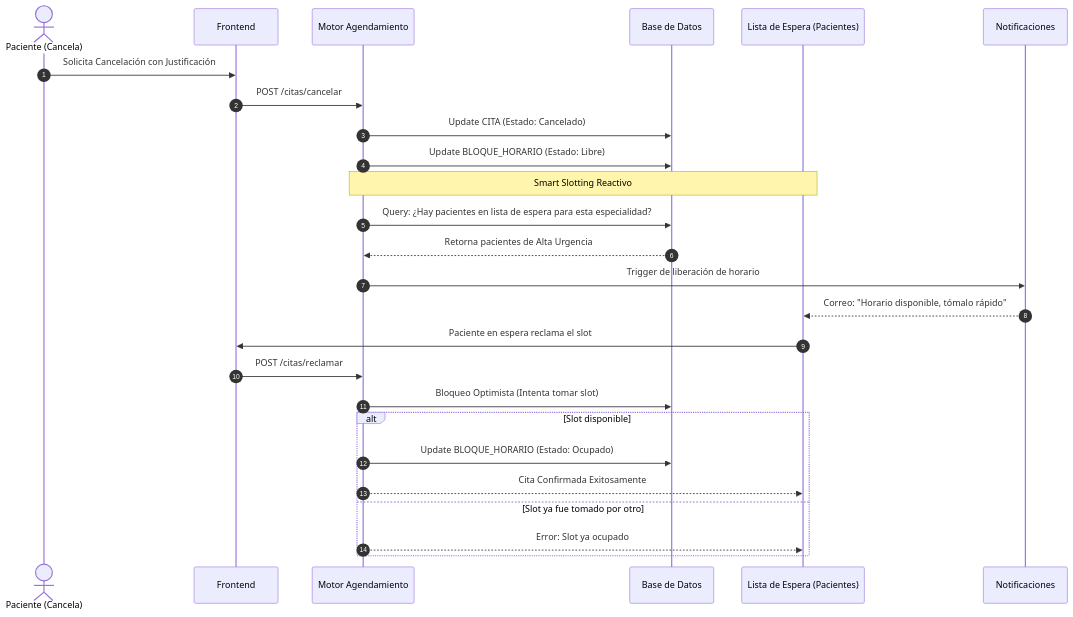
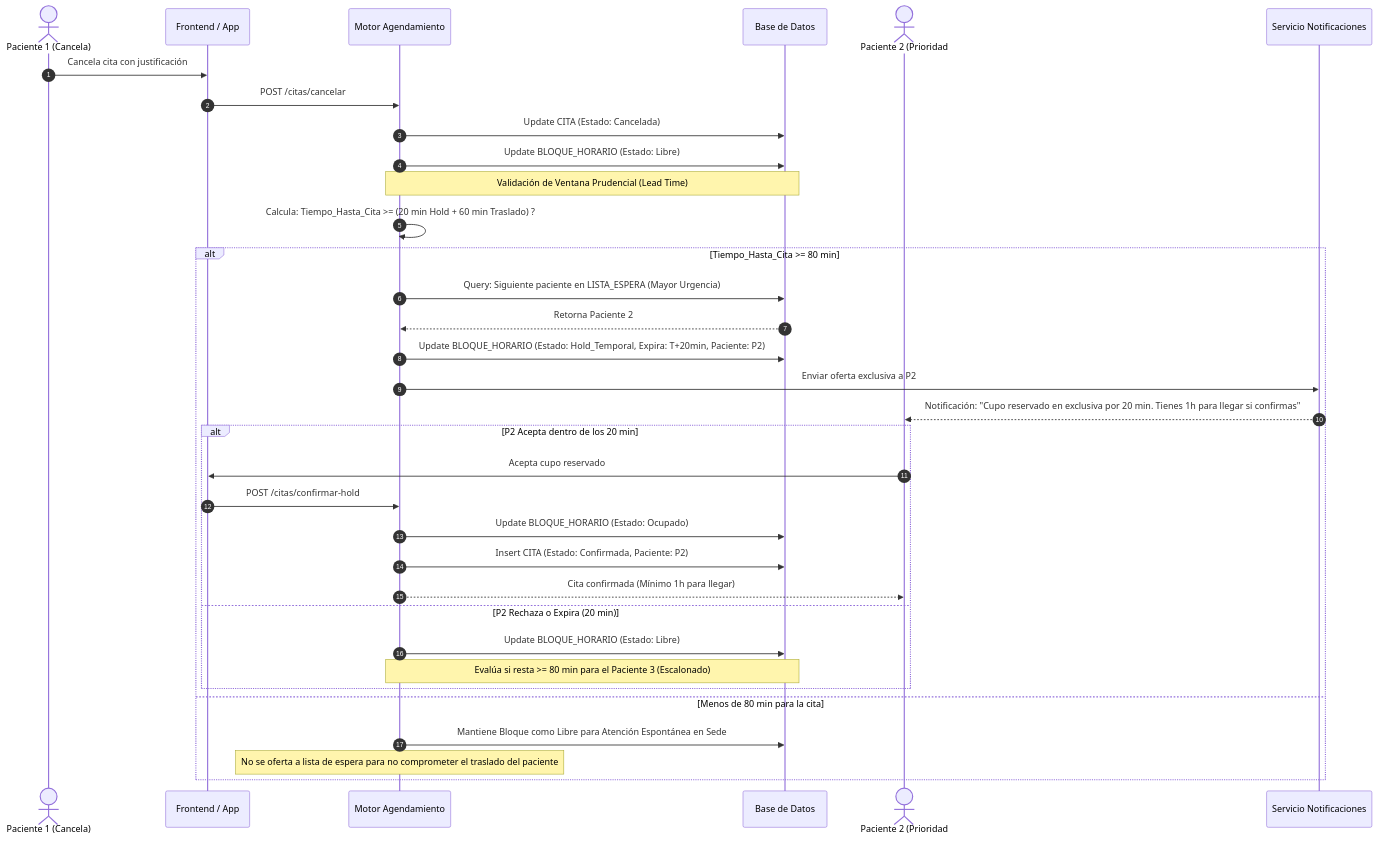
Before and after one commit to aron-quito/si-salud: the diagram in docs/diagrams/secuencia/secuencia_reactiva.mmd, drawn with Mermaid. The commit also changed 21 other files, not shown here.

```diff
--- a/docs/diagrams/secuencia/secuencia_reactiva.mmd
+++ b/docs/diagrams/secuencia/secuencia_reactiva.mmd
@@ -1,29 +1,38 @@
 sequenceDiagram
     autonumber
-    actor P as Paciente (Cancela)
-    participant F as Frontend
+    actor P1 as Paciente 1 (Cancela)
+    participant F as Frontend / App
     participant S as Motor Agendamiento
     participant DB as Base de Datos
-    participant LE as Lista de Espera (Pacientes)
-    participant N as Notificaciones
+    actor P2 as Paciente 2 (Prioridad #1)
+    participant N as Servicio Notificaciones
 
-    P->>F: Solicita Cancelación con Justificación
+    P1->>F: Cancela cita con justificación
     F->>S: POST /citas/cancelar
-    S->>DB: Update CITA (Estado: Cancelado)
+    S->>DB: Update CITA (Estado: Cancelada)
     S->>DB: Update BLOQUE_HORARIO (Estado: Libre)
     
-    Note over S,LE: Smart Slotting Reactivo
-    S->>DB: Query: ¿Hay pacientes en lista de espera para esta especialidad?
-    DB-->>S: Retorna pacientes de Alta Urgencia
-    S->>N: Trigger de liberación de horario
-    N-->>LE: Correo: "Horario disponible, tómalo rápido"
+    Note over S,DB: Validación de Ventana Prudencial (Lead Time)
+    S->>S: Calcula: Tiempo_Hasta_Cita >= (20 min Hold + 60 min Traslado) ?
     
-    LE->>F: Paciente en espera reclama el slot
-    F->>S: POST /citas/reclamar
-    S->>DB: Bloqueo Optimista (Intenta tomar slot)
-    alt Slot disponible
-        S->>DB: Update BLOQUE_HORARIO (Estado: Ocupado)
-        S-->>LE: Cita Confirmada Exitosamente
-    else Slot ya fue tomado por otro
-        S-->>LE: Error: Slot ya ocupado
+    alt Tiempo_Hasta_Cita >= 80 min
+        S->>DB: Query: Siguiente paciente en LISTA_ESPERA (Mayor Urgencia)
+        DB-->>S: Retorna Paciente 2
+        S->>DB: Update BLOQUE_HORARIO (Estado: Hold_Temporal, Expira: T+20min, Paciente: P2)
+        S->>N: Enviar oferta exclusiva a P2
+        N-->>P2: Notificación: "Cupo reservado en exclusiva por 20 min. Tienes 1h para llegar si confirmas"
+        
+        alt P2 Acepta dentro de los 20 min
+            P2->>F: Acepta cupo reservado
+            F->>S: POST /citas/confirmar-hold
+            S->>DB: Update BLOQUE_HORARIO (Estado: Ocupado)
+            S->>DB: Insert CITA (Estado: Confirmada, Paciente: P2)
+            S-->>P2: Cita confirmada (Mínimo 1h para llegar)
+        else P2 Rechaza o Expira (20 min)
+            S->>DB: Update BLOQUE_HORARIO (Estado: Libre)
+            Note over S,DB: Evalúa si resta >= 80 min para el Paciente 3 (Escalonado)
+        end
+    else Menos de 80 min para la cita
+        S->>DB: Mantiene Bloque como Libre para Atención Espontánea en Sede
+        Note over S: No se oferta a lista de espera para no comprometer el traslado del paciente
     end
```
